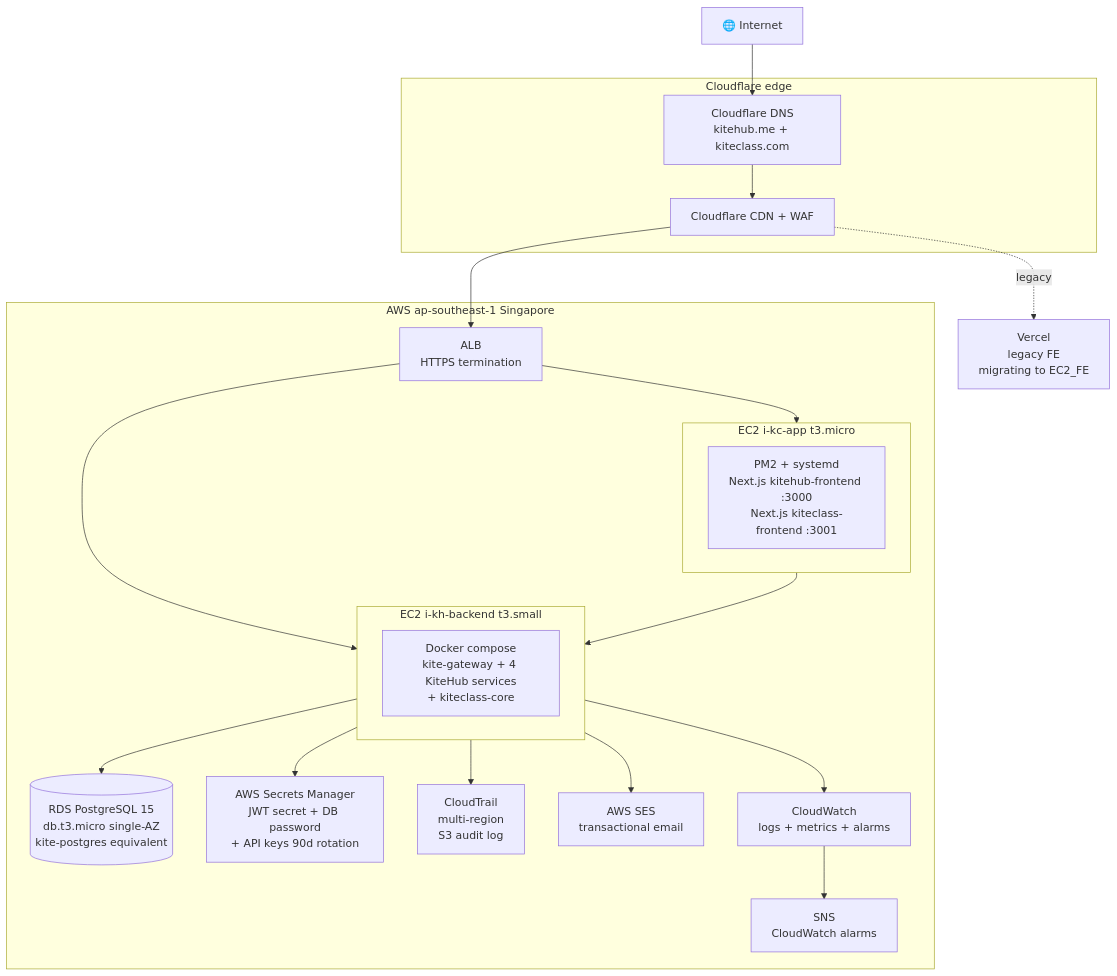
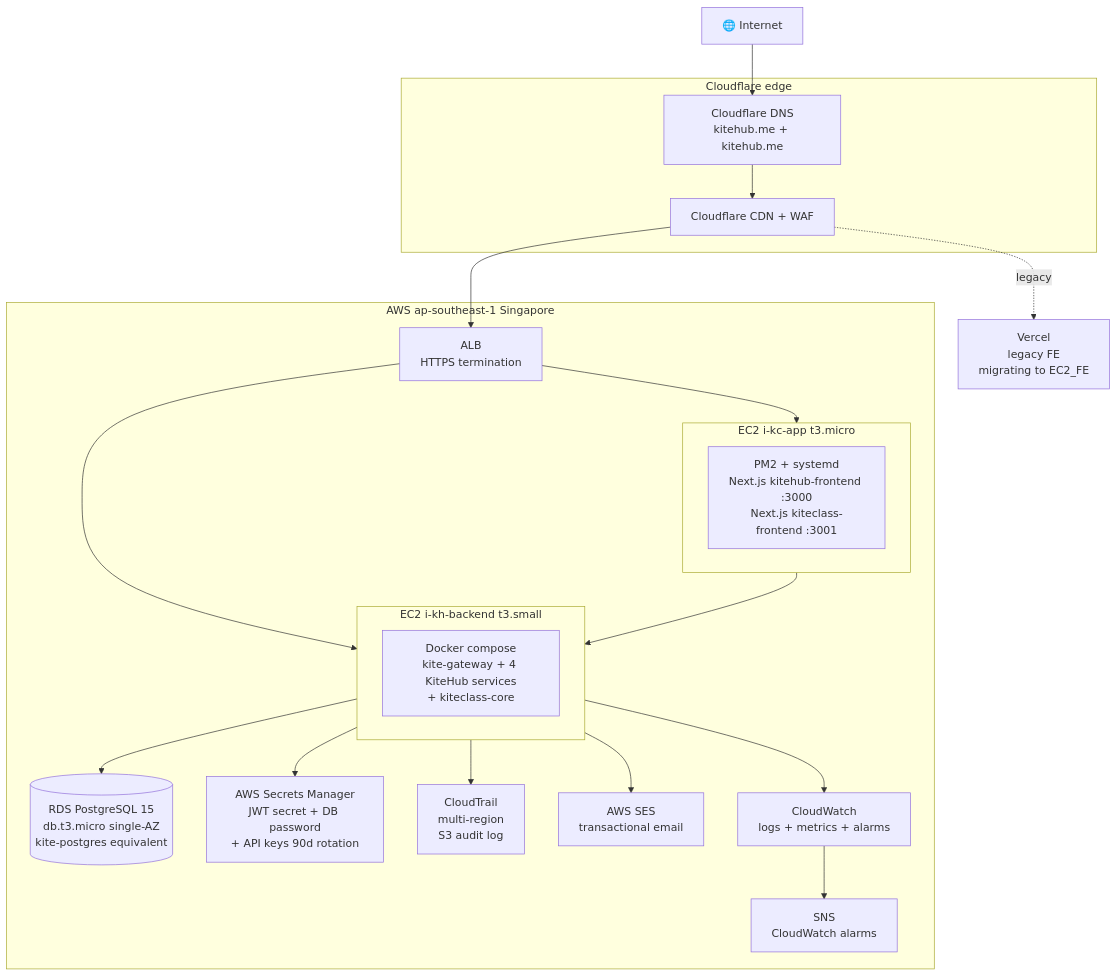
One commit to VictorAurelius/2026-Kite-Class-Platform changed the fifth of 5 diagrams in documents/02-architecture/kitehub-architecture.md. Above: the diagram before and after it, drawn with Mermaid. The commit also changed other lines of this file and 278 other files, not shown here.

First line of the commit message:
fix(domain): sweep stale kiteclass.vn/.com → canonical kitehub.me ({slug}.kitehub.me tenant) + CI detector (GAP-1241) (#2374)

````diff
--- a/documents/02-architecture/kitehub-architecture.md
+++ b/documents/02-architecture/kitehub-architecture.md
@@ -389,44 +389,44 @@
 ```mermaid
 flowchart TB
     Internet[🌐 Internet]
 
     subgraph CFEdge[Cloudflare edge]
-        CFDNS[Cloudflare DNS<br/>kitehub.me + kiteclass.com]
+        CFDNS[Cloudflare DNS<br/>kitehub.me + kitehub.me]
         CFCDN[Cloudflare CDN + WAF]
     end
 
     subgraph AWS[AWS ap-southeast-1 Singapore]
         ALB[ALB<br/>HTTPS termination]
 
         subgraph EC2_FE[EC2 i-kc-app t3.micro]
             FE_PM2[PM2 + systemd<br/>Next.js kitehub-frontend :3000<br/>Next.js kiteclass-frontend :3001]
         end
 
         subgraph EC2_BE[EC2 i-kh-backend t3.small]
             Docker[Docker compose<br/>kite-gateway + 4 KiteHub services<br/>+ kiteclass-core]
         end
 
         RDS[(RDS PostgreSQL 15<br/>db.t3.micro single-AZ<br/>kite-postgres equivalent)]
         SM[AWS Secrets Manager<br/>JWT secret + DB password<br/>+ API keys 90d rotation]
         CT[CloudTrail<br/>multi-region<br/>S3 audit log]
         SES[AWS SES<br/>transactional email]
         SNS[SNS<br/>CloudWatch alarms]
         CW[CloudWatch<br/>logs + metrics + alarms]
     end
 
     Vercel[Vercel<br/>legacy FE<br/>migrating to EC2_FE]
 
     Internet --> CFDNS
     CFDNS --> CFCDN
     CFCDN --> ALB
     CFCDN -.legacy.-> Vercel
     ALB --> EC2_FE
     ALB --> EC2_BE
     EC2_FE --> EC2_BE
     EC2_BE --> RDS
     EC2_BE --> SM
     EC2_BE --> SES
     EC2_BE --> CW
     CW --> SNS
     EC2_BE --> CT
 ```
````
